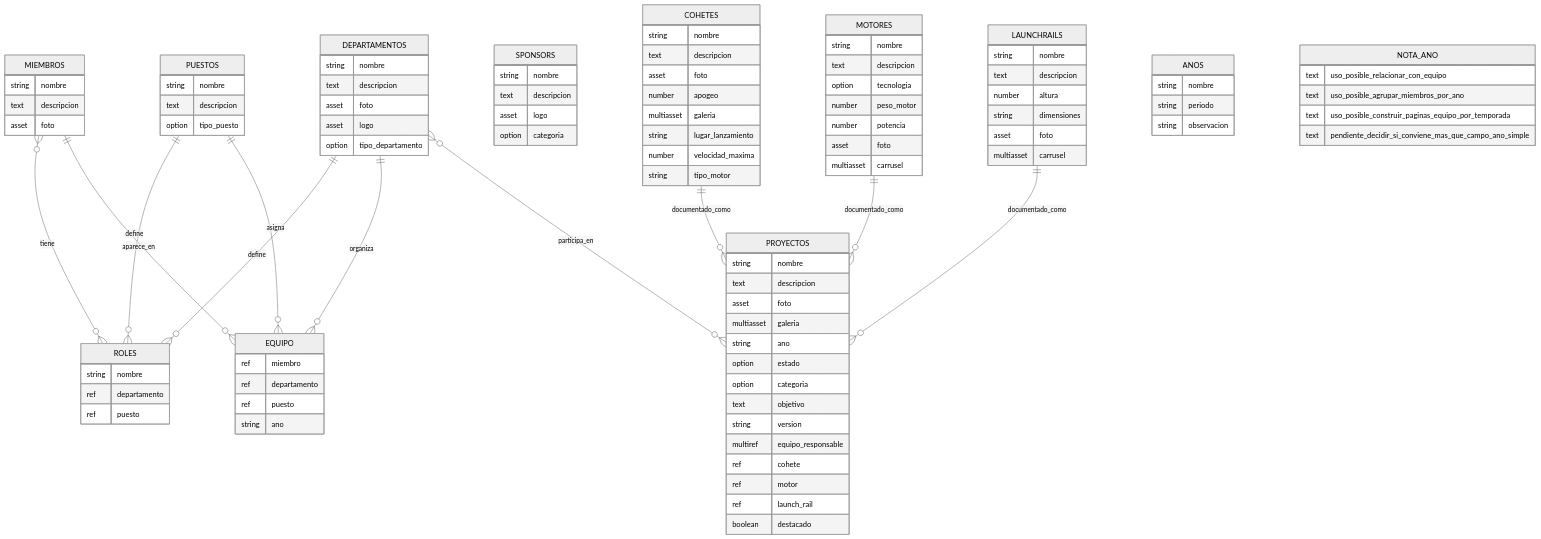
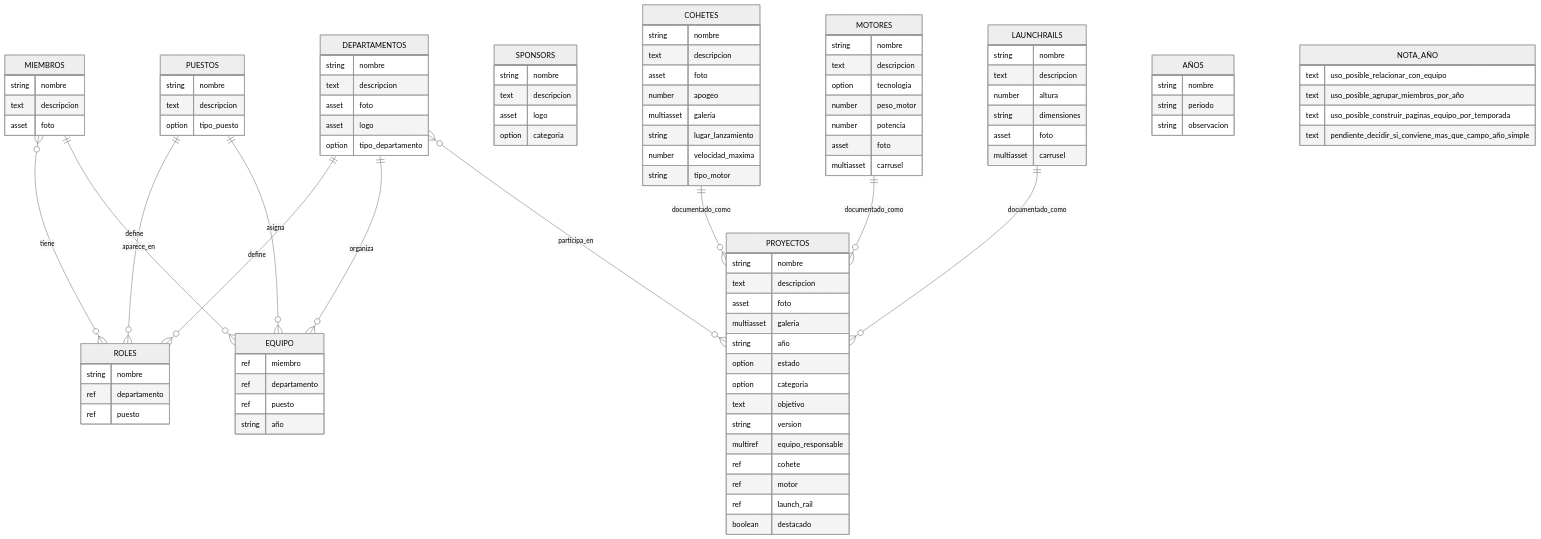
Before and after one commit to GonMa18/ByM: the diagram in BD/Bisky/Markdown/CMS.md, drawn with Mermaid (neutral theme). The commit also changed other lines of this file, not shown here.

```diff
--- a/BD/Bisky/Markdown/CMS.md
+++ b/BD/Bisky/Markdown/CMS.md
@@ -50,7 +50,7 @@
         ref miembro
         ref departamento
         ref puesto
-        string ano
+        string año
     }
 
     SPONSORS {
@@ -95,7 +95,7 @@
         text descripcion
         asset foto
         multiasset galeria
-        string ano
+        string año
         option estado
         option categoria
         text objetivo
@@ -107,17 +107,17 @@
         boolean destacado
     }
 
-    ANOS {
+    AÑOS {
         string nombre
         string periodo
         string observacion
     }
 
-    NOTA_ANO {
+    NOTA_AÑO {
         text uso_posible_relacionar_con_equipo
-        text uso_posible_agrupar_miembros_por_ano
+        text uso_posible_agrupar_miembros_por_año
         text uso_posible_construir_paginas_equipo_por_temporada
-        text pendiente_decidir_si_conviene_mas_que_campo_ano_simple
+        text pendiente_decidir_si_conviene_mas_que_campo_año_simple
     }
 
     DEPARTAMENTOS ||--o{ ROLES : define
```
